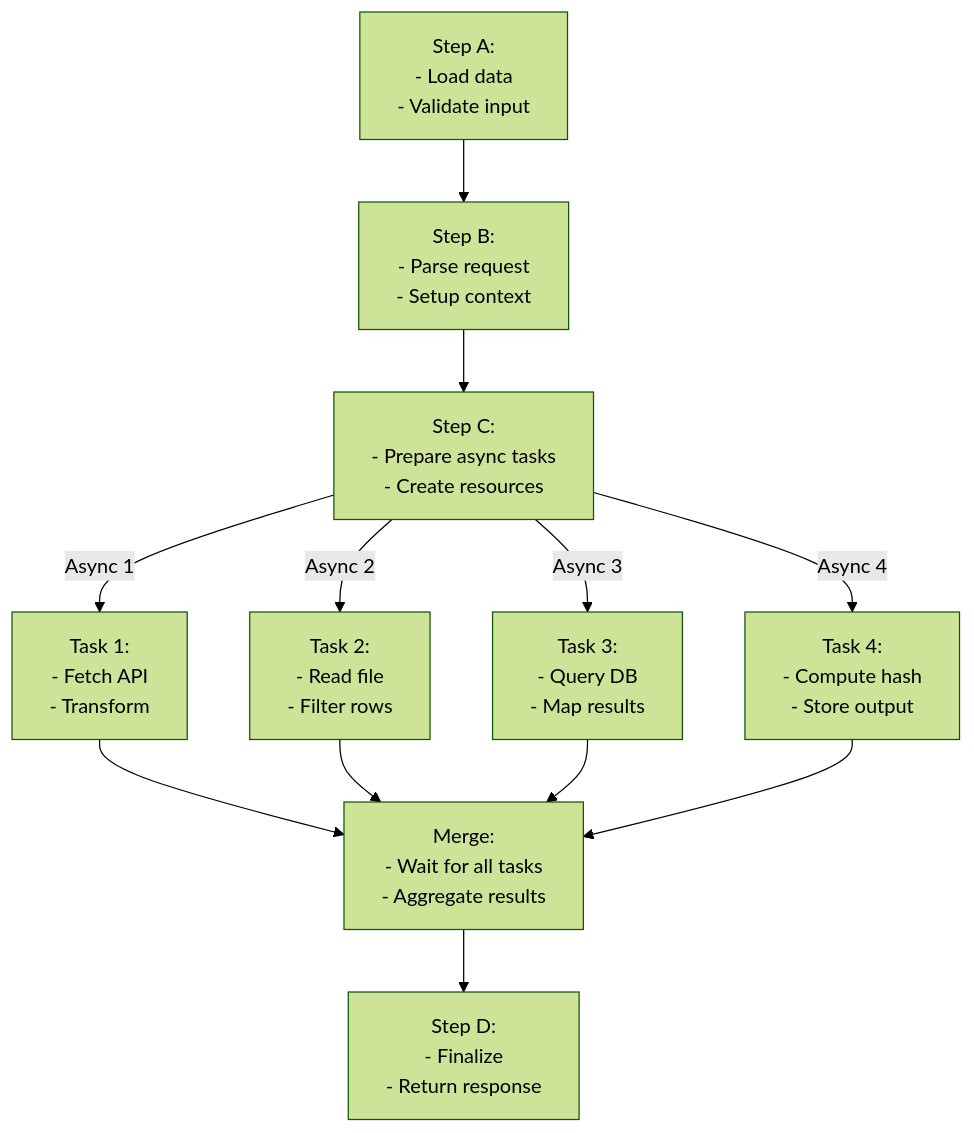
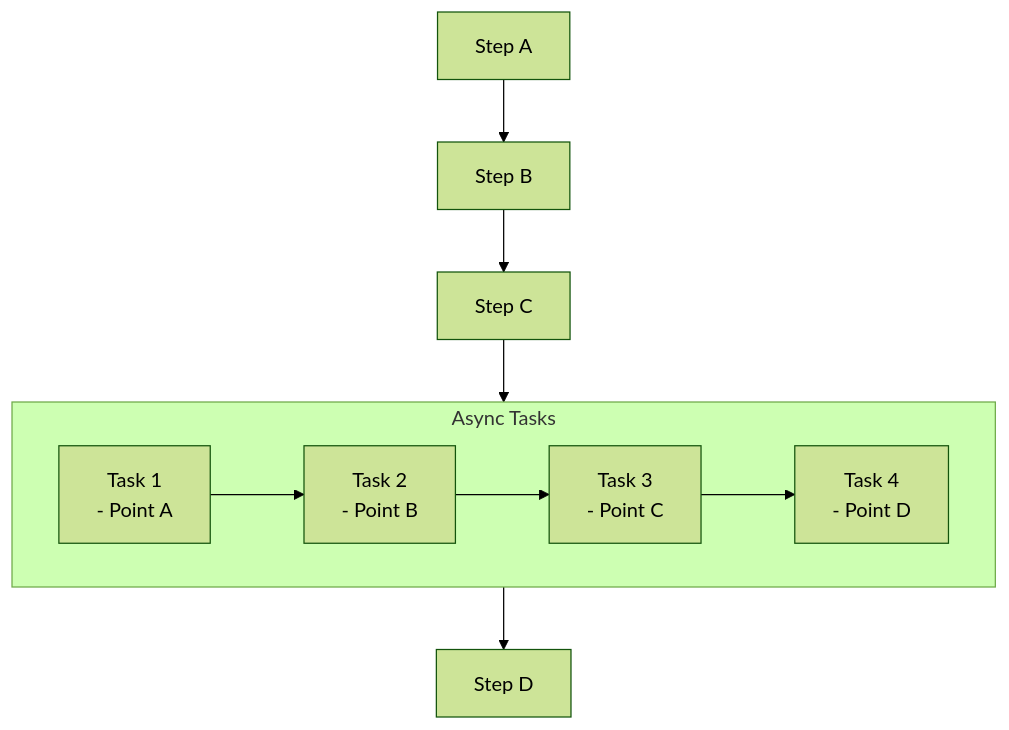
Before and after one commit to 000deepak/demoProject: the diagram in flow.md, drawn with Mermaid (forest theme). The commit also changed other lines of this file, not shown here.

````diff
--- a/flow.md
+++ b/flow.md
@@ -48,21 +1,24 @@
 ```mermaid
 flowchart TD
-    A["Step A:\n- Load data\n- Validate input"] --> 
-    B["Step B:\n- Parse request\n- Setup context"] -->
 
-    C["Step C:\n- Prepare async tasks\n- Create resources"] 
+    %% Main vertical flow
+    A["Step A"] --> B["Step B"]
+    B --> C["Step C"]
 
-    %% Async tasks with points inside
-    C -->|Async 1| T1["Task 1:\n- Fetch API\n- Transform"]
-    C -->|Async 2| T2["Task 2:\n- Read file\n- Filter rows"]
-    C -->|Async 3| T3["Task 3:\n- Query DB\n- Map results"]
-    C -->|Async 4| T4["Task 4:\n- Compute hash\n- Store output"]
+    %% Subgraph for async tasks (left-to-right flow)
+    subgraph AsyncTasks[Async Tasks]
+    direction LR
+        T1["Task 1\n- Point A"] 
+        T2["Task 2\n- Point B"]
+        T3["Task 3\n- Point C"]
+        T4["Task 4\n- Point D"]
 
-    %% Merge
-    T1 --> M["Merge:\n- Wait for all tasks\n- Aggregate results"]
-    T2 --> M
-    T3 --> M
-    T4 --> M
+        T1 --> T2 --> T3 --> T4
+    end
 
-    M --> D["Step D:\n- Finalize\n- Return response"]
+    %% Connect C to the async subgraph
+    C --> T1
+
+    %% Back to normal vertical flow
+    T4 --> D["Step D"]
 ```
````
